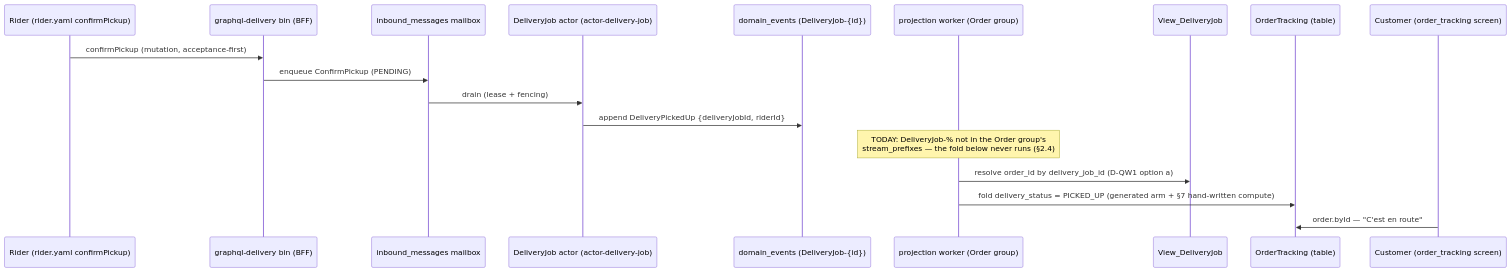
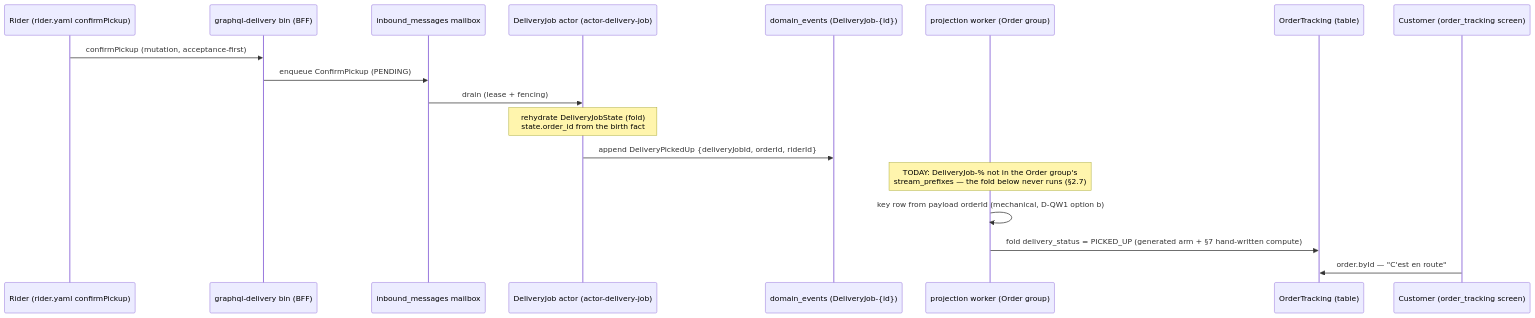
The first of 2 diagrams in docs/proposals/PROP-20260808-233000-customer-anxiety-quick-wins-spec-diff.md (TheCaptainCompany/captain-food), drawn with Mermaid before and after one commit. The commit also changed other lines of this file, not shown here.

First line of the commit message:
Rewrite the quick-wins spec diff for D-QW1 option (b) (customer decision, ADR-20260808-234907)

````diff
--- a/docs/proposals/PROP-20260808-233000-customer-anxiety-quick-wins-spec-diff.md
+++ b/docs/proposals/PROP-20260808-233000-customer-anxiety-quick-wins-spec-diff.md
@@ -164,21 +378,21 @@
 ```mermaid
 sequenceDiagram
     participant R as Rider (rider.yaml confirmPickup)
     participant G as graphql-delivery bin (BFF)
     participant M as inbound_messages mailbox
     participant A as DeliveryJob actor (actor-delivery-job)
     participant E as domain_events (DeliveryJob-{id})
     participant W as projection worker (Order group)
-    participant V as View_DeliveryJob
     participant T as OrderTracking (table)
     participant C as Customer (order_tracking screen)
 
     R->>G: confirmPickup (mutation, acceptance-first)
     G->>M: enqueue ConfirmPickup (PENDING)
     M->>A: drain (lease + fencing)
-    A->>E: append DeliveryPickedUp {deliveryJobId, riderId}
-    Note over W: TODAY: DeliveryJob-% not in the Order group's<br/>stream_prefixes — the fold below never runs (§2.4)
-    W->>V: resolve order_id by delivery_job_id (D-QW1 option a)
+    Note over A: rehydrate DeliveryJobState (fold)<br/>state.order_id from the birth fact
+    A->>E: append DeliveryPickedUp {deliveryJobId, orderId, riderId}
+    Note over W: TODAY: DeliveryJob-% not in the Order group's<br/>stream_prefixes — the fold below never runs (§2.7)
+    W->>W: key row from payload orderId (mechanical, D-QW1 option b)
     W->>T: fold delivery_status = PICKED_UP (generated arm + §7 hand-written compute)
     C->>T: order.byId — "C'est en route"
 ```
````
